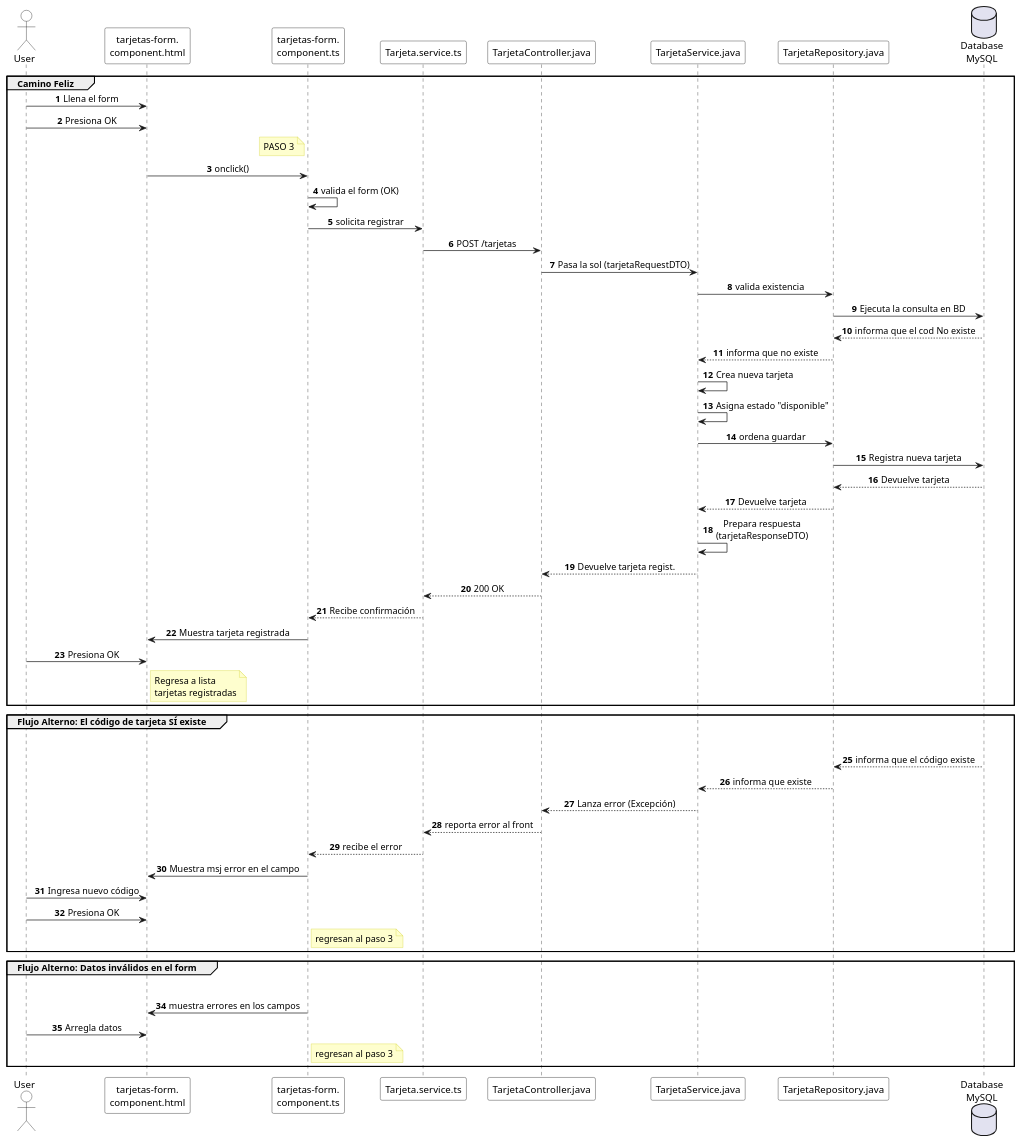
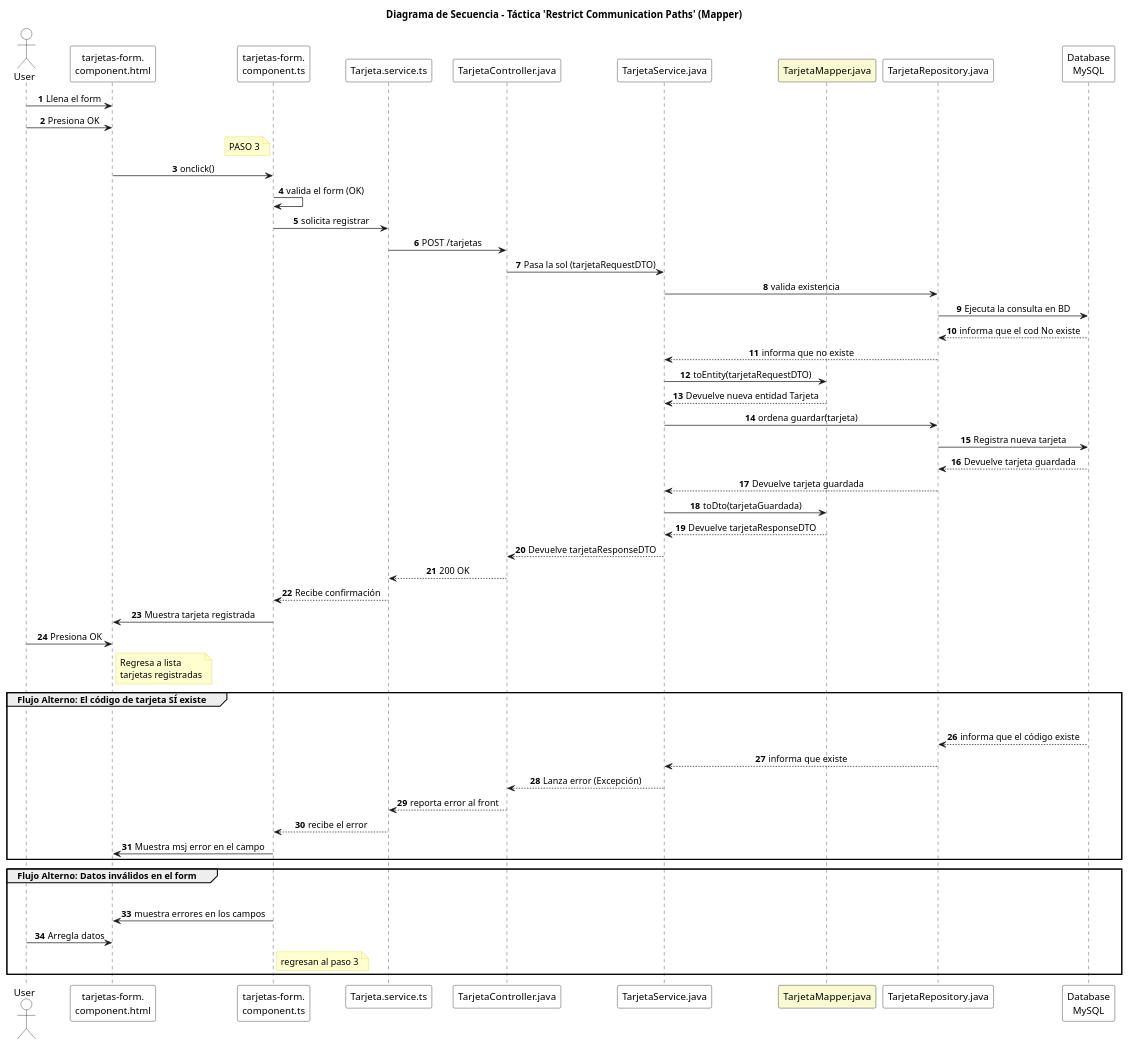
One commit to Calidozo1/sistema-inventario-tutarjeta changed the diagram in diagrama de secuencia Vanilla.puml. Above: the diagram before and after it, drawn with PlantUML. The commit also changed 4 other files, not shown here.

Commit message:
diagramas de secuencia y clases con tactica

```diff
--- a/diagrama de secuencia Vanilla.puml
+++ b/diagrama de secuencia Vanilla.puml
@@ -1,127 +1,117 @@
 @startuml
+title Diagrama de Secuencia - Táctica 'Restrict Communication Paths' (Mapper)
 autonumber
 
 ' --- CONFIGURACIÓN VISUAL ---
 skinparam sequenceMessageAlign center
 skinparam responseMessageBelowArrow true
 skinparam maxMessageSize 200
 skinparam participant {
     BackgroundColor White
     BorderColor Black
 }
 skinparam actor {
     BackgroundColor White
     BorderColor Black
 }
 skinparam note {
     BackgroundColor #FEFECE
     BorderColor #D4D433
 }
 
-' --- PARTICIPANTES (LIMPIOS) ---
+' --- PARTICIPANTES ---
 actor "User" as User
 participant "tarjetas-form.\ncomponent.html" as HTML
 participant "tarjetas-form.\ncomponent.ts" as Component
 participant "Tarjeta.service.ts" as FrontService
 
-' === BACKEND ORIGINAL ===
+' === BACKEND CON MAPPER ===
 participant "TarjetaController.java" as Controller
 participant "TarjetaService.java" as BackService
+participant "TarjetaMapper.java" as Mapper #LightGoldenRodYellow
 participant "TarjetaRepository.java" as Repo
-database "Database\nMySQL" as DB
+' CAMBIO: Ahora es un participante normal (recuadro), no un cilindro
+participant "Database\nMySQL" as DB
 
 ' =========================================================
-' === ESCENARIO PRINCIPAL: CAMINO FELIZ (Registro Exitoso) ===
+' === FLUJO PRINCIPAL (REGISTRO EXITOSO) ===
 ' =========================================================
-group Camino Feliz
 
-    ' 1. Frontend
-    User -> HTML: Llena el form
-    User -> HTML: Presiona OK
+' 1. Frontend
+User -> HTML: Llena el form
+User -> HTML: Presiona OK
 
-    note left of Component
-        PASO 3
-    end note
+note left of Component
+    PASO 3
+end note
 
-    HTML -> Component: onclick()
-    Component -> Component: valida el form (OK)
-    Component -> FrontService: solicita registrar
+HTML -> Component: onclick()
+Component -> Component: valida el form (OK)
+Component -> FrontService: solicita registrar
 
-    ' 2. Backend (Conexión Directa)
-    FrontService -> Controller: POST /tarjetas
+' 2. Backend (Conexión Directa)
+FrontService -> Controller: POST /tarjetas
 
-    ' 3. Backend Original
-    Controller -> BackService: Pasa la sol (tarjetaRequestDTO)
+' 3. Backend con Táctica (Controller ciego a la Entidad)
+Controller -> BackService: Pasa la sol (tarjetaRequestDTO)
 
-    BackService -> Repo: valida existencia
-    Repo -> DB: Ejecuta la consulta en BD
-    DB --> Repo: informa que el cod No existe
-    Repo --> BackService: informa que no existe
+BackService -> Repo: valida existencia
+Repo -> DB: Ejecuta la consulta en BD
+DB --> Repo: informa que el cod No existe
+Repo --> BackService: informa que no existe
 
-    BackService -> BackService: Crea nueva tarjeta
-    BackService -> BackService: Asigna estado "disponible"
+' ---> TÁCTICA: Delegar transformación al Mapper (Service no manipula DTOs manualmente)
+BackService -> Mapper: toEntity(tarjetaRequestDTO)
+Mapper --> BackService: Devuelve nueva entidad Tarjeta
 
-    BackService -> Repo: ordena guardar
-    Repo -> DB: Registra nueva tarjeta
-    DB --> Repo: Devuelve tarjeta
-    Repo --> BackService: Devuelve tarjeta
+BackService -> Repo: ordena guardar(tarjeta)
+Repo -> DB: Registra nueva tarjeta
+DB --> Repo: Devuelve tarjeta guardada
+Repo --> BackService: Devuelve tarjeta guardada
 
-    BackService -> BackService: Prepara respuesta\n(tarjetaResponseDTO)
-    BackService --> Controller: Devuelve tarjeta regist.
+' ---> TÁCTICA: Conversión inversa para respuesta
+BackService -> Mapper: toDto(tarjetaGuardada)
+Mapper --> BackService: Devuelve tarjetaResponseDTO
 
-    ' 4. Retorno
-    Controller --> FrontService: 200 OK
+BackService --> Controller: Devuelve tarjetaResponseDTO
 
-    FrontService --> Component: Recibe confirmación
-    Component -> HTML: Muestra tarjeta registrada
+' 4. Retorno
+Controller --> FrontService: 200 OK
 
-    ' 5. Acción Final Usuario
-    User -> HTML: Presiona OK
-    note right of HTML
-      Regresa a lista
-      tarjetas registradas
-    end note
-end
+FrontService --> Component: Recibe confirmación
+Component -> HTML: Muestra tarjeta registrada
+
+' 5. Acción Final Usuario
+User -> HTML: Presiona OK
+note right of HTML
+  Regresa a lista
+  tarjetas registradas
+end note
 
 ' =========================================================
 ' === FLUJOS ALTERNOS (Errores) ===
 ' =========================================================
 
 ' --- 1. Error de Negocio Backend ---
 group Flujo Alterno: El código de tarjeta SÍ existe
-    ' Estira la caja
+    ' (Este flujo ocurre antes del mapeo)
     User -[hidden]-> DB
-
-    ' Empieza directo en la respuesta de la BD
     DB --> Repo: informa que el código existe
     Repo --> BackService: informa que existe
-
     BackService --> Controller: Lanza error (Excepción)
     Controller --> FrontService: reporta error al front
     FrontService --> Component: recibe el error
     Component -> HTML: Muestra msj error en el campo
-
-    ' Acción del usuario + Referencia al paso 3
-    User -> HTML: Ingresa nuevo código
-    User -> HTML: Presiona OK
-    note right of Component
-        regresan al paso 3
-    end note
 end
 
 ' --- 2. Error de Frontend (Datos Inválidos) ---
 group Flujo Alterno: Datos inválidos en el form
-    ' Estira la caja
+    ' (Validación previa al envío)
     User -[hidden]-> DB
-
-    ' Empieza directo mostrando errores
     Component -> HTML: muestra errores en los campos
-
-    ' Acción del usuario + Referencia al paso 3
     User -> HTML: Arregla datos
     note right of Component
         regresan al paso 3
     end note
 end
-
 @enduml
```
